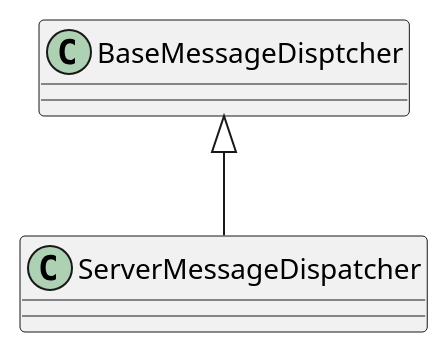
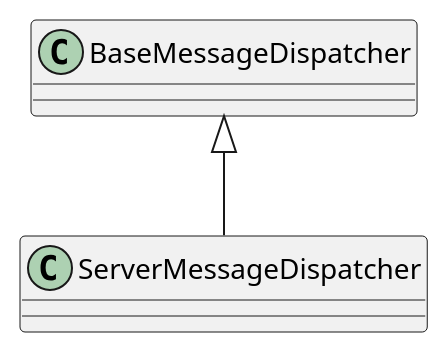
Before and after one commit to 23michael45/MiniProtobufFramework: the fourth of 6 diagrams in Doc/ServerClassDiagram.md, drawn with PlantUML. The commit also changed other lines of this file and 6 other files, not shown here.

```diff
--- a/Doc/ServerClassDiagram.md
+++ b/Doc/ServerClassDiagram.md
@@ -20,3 +20,3 @@
 @startuml
-BaseMessageDisptcher <|-- ServerMessageDispatcher
+BaseMessageDispatcher <|-- ServerMessageDispatcher
 @enduml
```
